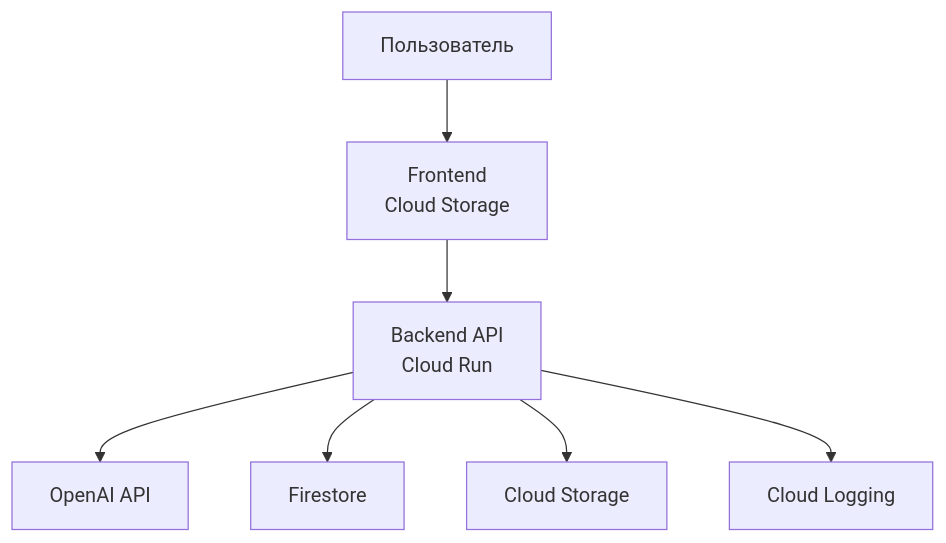
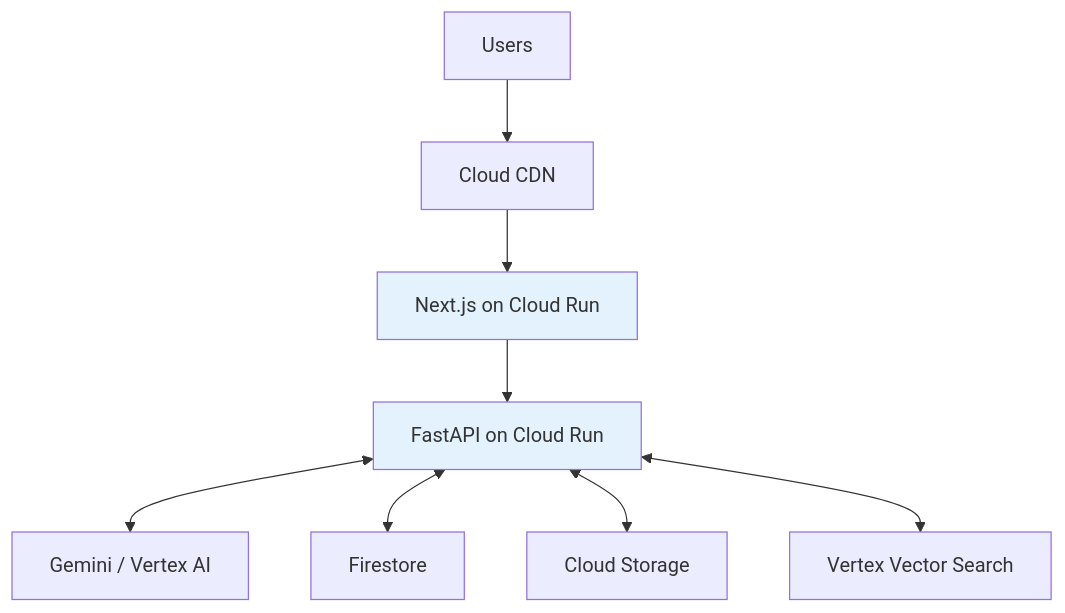
The first of 3 diagrams in lab4/lab4_report.md (vnovikov21/2025_2026-cloud-platforms-as-the-basis-of-technology-entrepreneurship-u4125-novikov_v_v), drawn with Mermaid before and after one commit. The commit also changed other lines of this file, not shown here.

````diff
--- a/lab4/lab4_report.md
+++ b/lab4/lab4_report.md
@@ -57,10 +78,12 @@
 ```mermaid
 flowchart TD
-
-A[Пользователь] --> B[Frontend<br/>Cloud Storage]
-B --> C[Backend API<br/>Cloud Run]
-C --> D[OpenAI API]
-C --> E[Firestore]
-C --> F[Cloud Storage]
-C --> G[Cloud Logging]
+    A[Users] --> B[Cloud CDN]
+    B --> C[Next.js on Cloud Run]
+    C --> D[FastAPI on Cloud Run]
+    D <--> E[Gemini / Vertex AI]
+    D <--> F[Firestore]
+    D <--> G[Cloud Storage]
+    D <--> H[Vertex Vector Search]
+    style C fill:#e3f2fd
+    style D fill:#e3f2fd
 ```
````
